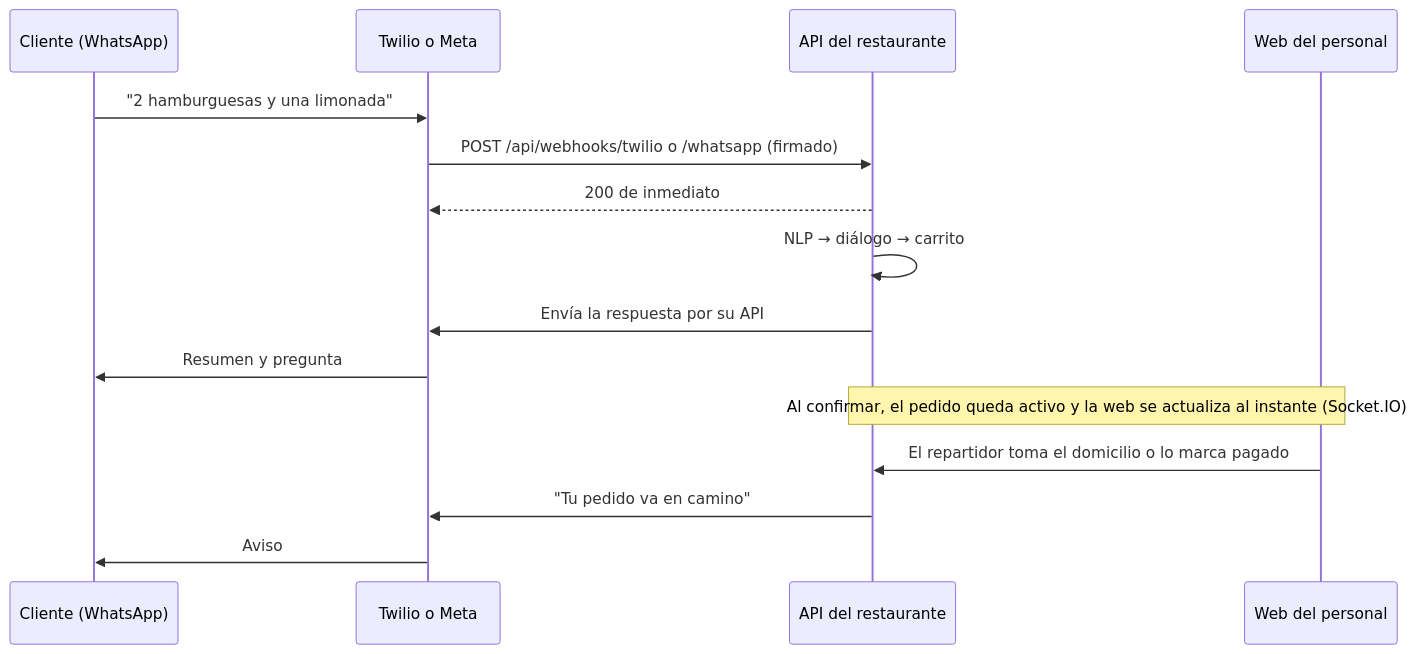
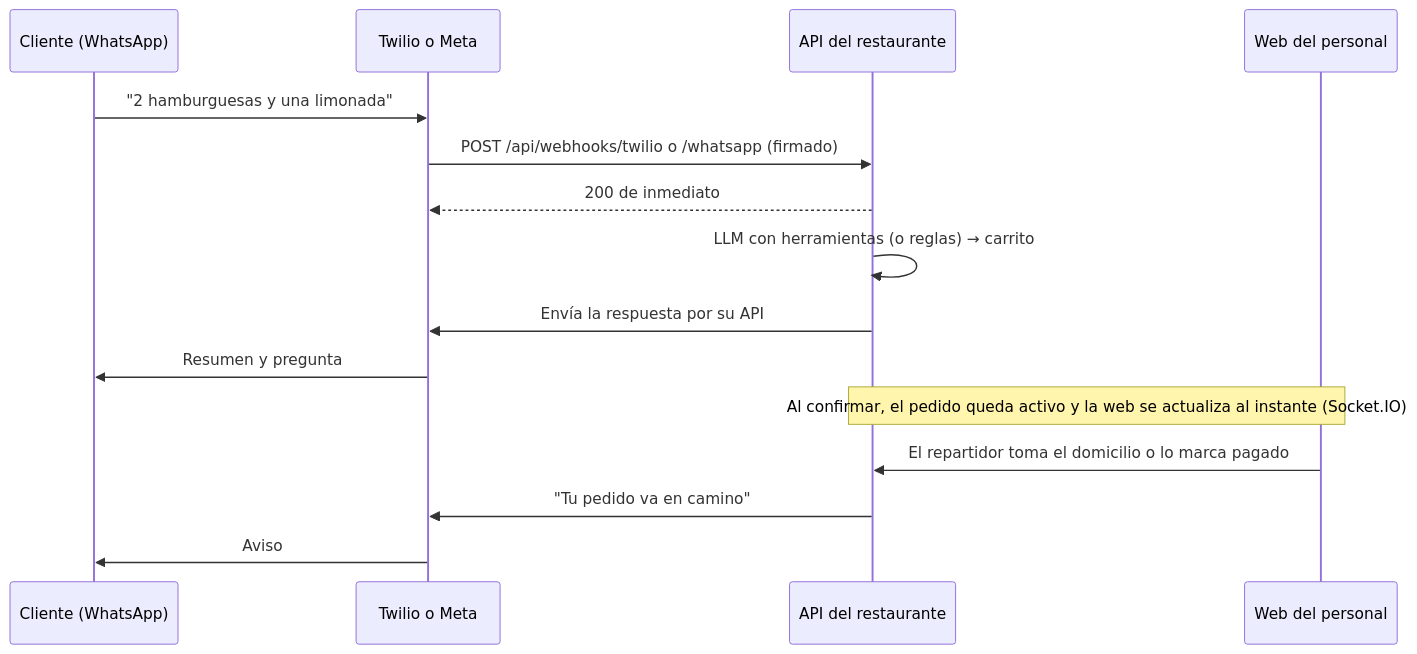
One commit to santrix12G/sistema-gestion-restaurante changed the diagram in docs/whatsapp.md. Above: the diagram before and after it, drawn with Mermaid. The commit also changed other lines of this file and 16 other files, not shown here.

First line of the commit message:
Chatbot atendido por un LLM con herramientas (Groq, Claude u OpenAI)

````diff
--- a/docs/whatsapp.md
+++ b/docs/whatsapp.md
@@ -7,17 +7,17 @@
 ```mermaid
 sequenceDiagram
     participant C as Cliente (WhatsApp)
     participant M as Twilio o Meta
     participant A as API del restaurante
     participant W as Web del personal
     C->>M: "2 hamburguesas y una limonada"
     M->>A: POST /api/webhooks/twilio o /whatsapp (firmado)
     A-->>M: 200 de inmediato
-    A->>A: NLP → diálogo → carrito
+    A->>A: LLM con herramientas (o reglas) → carrito
     A->>M: Envía la respuesta por su API
     M->>C: Resumen y pregunta
     Note over A,W: Al confirmar, el pedido queda activo y la web se actualiza al instante (Socket.IO)
     W->>A: El repartidor toma el domicilio o lo marca pagado
     A->>M: "Tu pedido va en camino"
     M->>C: Aviso
 ```
````
